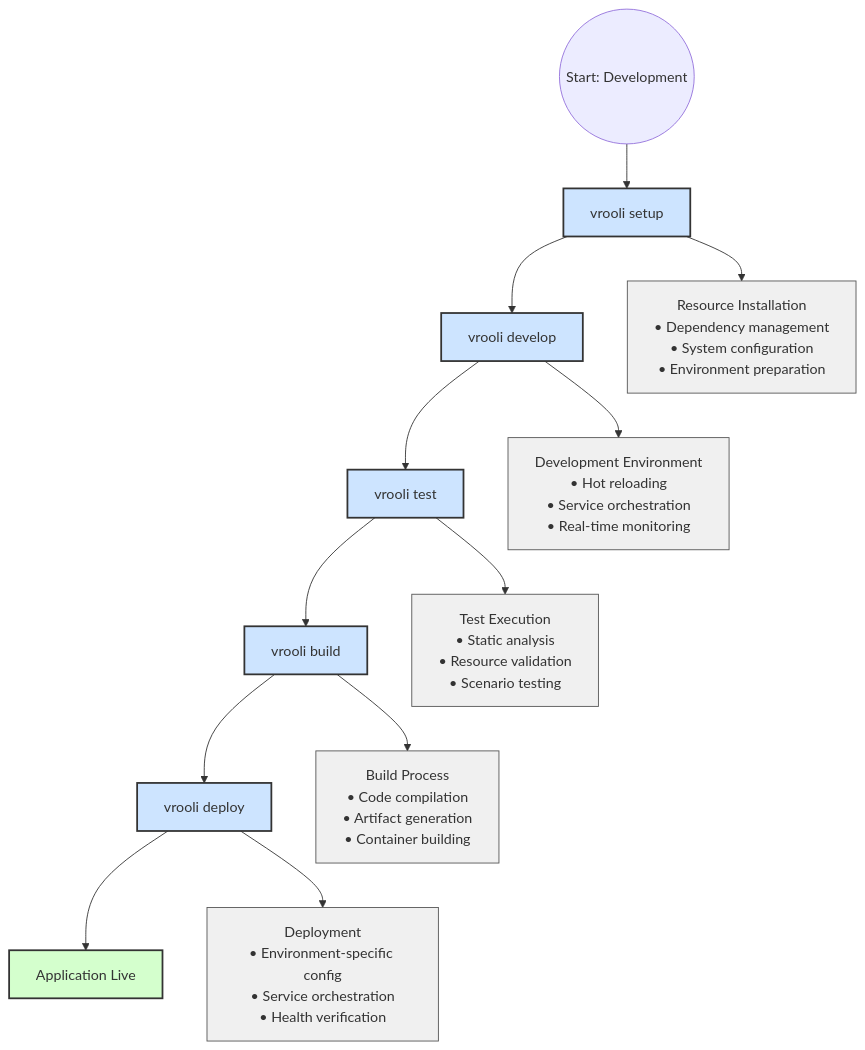
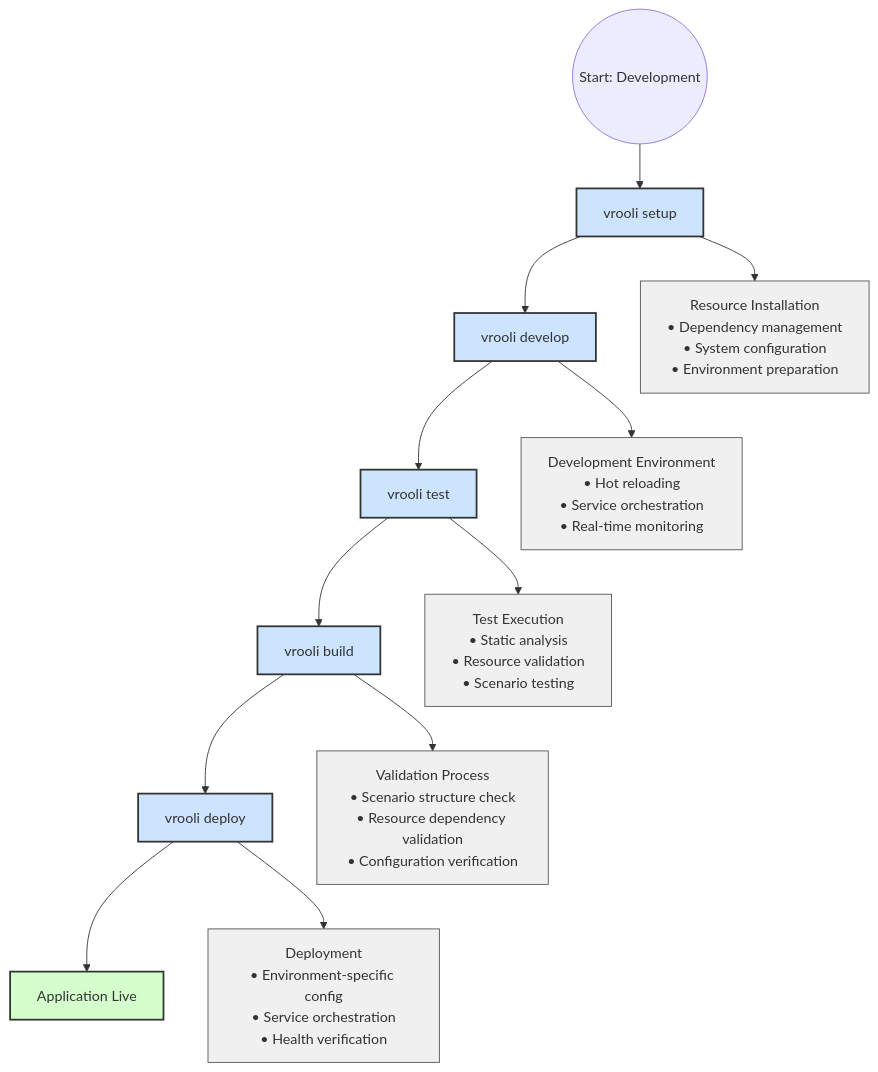
Before and after one commit to Vrooli/Vrooli: the fifth of 5 diagrams in docs/devops/README.md, drawn with Mermaid. The commit also changed other lines of this file and 99 other files, not shown here.

````diff
--- a/docs/devops/README.md
+++ b/docs/devops/README.md
@@ -370,27 +379,27 @@
 ```mermaid
 graph TD
     Start((Start: Development)) --> Setup[vrooli setup]
     Setup --> Develop[vrooli develop]
     Develop --> Test[vrooli test]
     Test --> Build[vrooli build]
     Build --> Deploy[vrooli deploy]
     Deploy --> Live[Application Live]
 
     Setup --> ResourceSetup["Resource Installation<br>• Dependency management<br>• System configuration<br>• Environment preparation"]
     
     Develop --> DevEnvironment["Development Environment<br>• Hot reloading<br>• Service orchestration<br>• Real-time monitoring"]
     
     Test --> TestSuite["Test Execution<br>• Static analysis<br>• Resource validation<br>• Scenario testing"]
     
-    Build --> BuildArtifacts["Build Process<br>• Code compilation<br>• Artifact generation<br>• Container building"]
+    Build --> BuildArtifacts["Validation Process<br>• Scenario structure check<br>• Resource dependency validation<br>• Configuration verification"]
     
     Deploy --> DeployProcess["Deployment<br>• Environment-specific config<br>• Service orchestration<br>• Health verification"]
 
     classDef command fill:#cde4ff,stroke:#333,stroke-width:2px;
     classDef process fill:#f0f0f0,stroke:#555,stroke-width:1px;
     classDef final fill:#d4ffcd,stroke:#333,stroke-width:2px;
     
     class Setup,Develop,Test,Build,Deploy command;
     class ResourceSetup,DevEnvironment,TestSuite,BuildArtifacts,DeployProcess process;
     class Live final;
 ```
````
